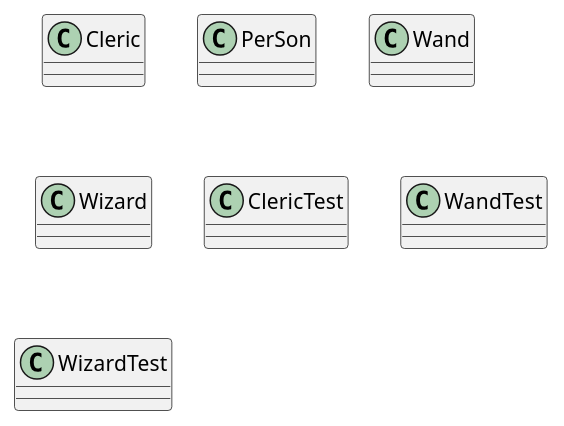
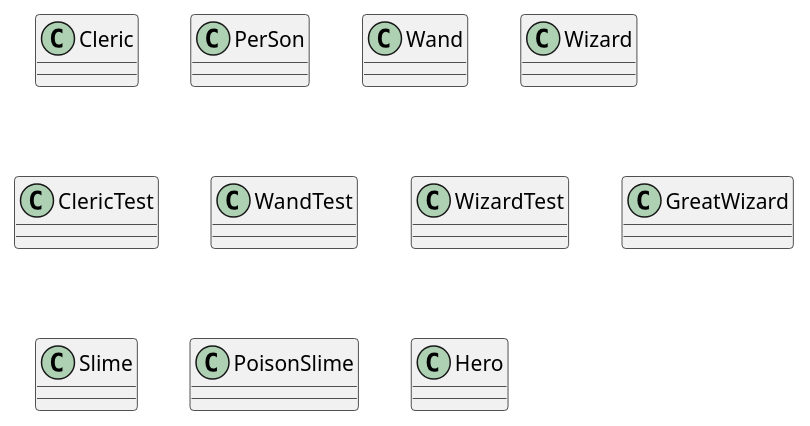
The diagram in src/main/java/com/survivalcoding/gameme.puml (SurvivalCodingCampus/polytech_java_study), drawn with PlantUML before and after one commit.

Commit message:
fix : AI 조언에 따른 코드 정리

```diff
--- a/src/main/java/com/survivalcoding/gameme.puml
+++ b/src/main/java/com/survivalcoding/gameme.puml
@@ -1,21 +1,30 @@
 @startuml
 'https://plantuml.com/class-diagram
 
 scale 1
 
 class Cleric{
 }
 class PerSon{
 }
 class Wand{
 }
 class Wizard{
 }
 class ClericTest{
 }
 class WandTest{
 }
 class WizardTest{
 }
+class GreatWizard{
+}
+class Slime{
+}
+class PoisonSlime{
+}
+class Hero{
+}
+
 
 @enduml
```
